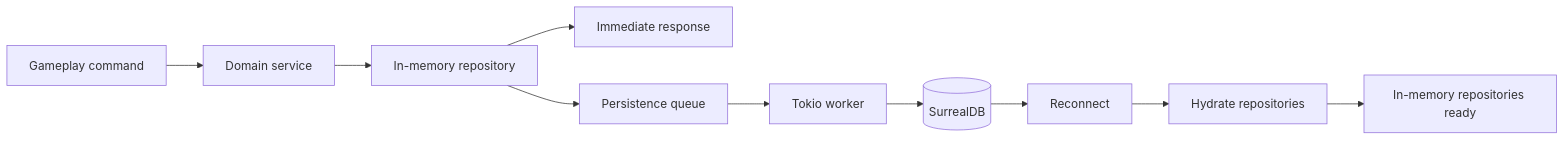
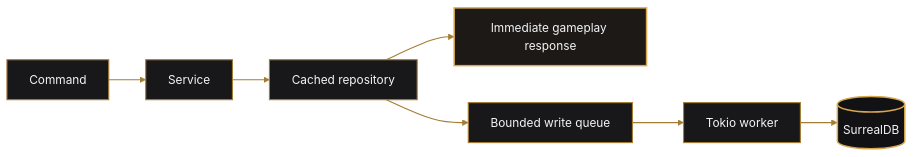
Before and after one commit to jschmidt92/crate: the first of 2 diagrams in docs/persistence.md, drawn with Mermaid. The commit also changed other lines of this file and 21 other files, not shown here.

````diff
--- a/docs/persistence.md
+++ b/docs/persistence.md
@@ -11,12 +7,17 @@
 ```mermaid
 flowchart LR
-    Command[Gameplay command] --> Service[Domain service]
-    Service --> Cache[In-memory repository]
-    Cache --> Response[Immediate response]
-    Cache --> Queue[Persistence queue]
+    Command --> Service
+    Service --> Cache[Cached repository]
+    Cache --> Response[Immediate gameplay response]
+    Cache --> Queue[Bounded write queue]
     Queue --> Worker[Tokio worker]
-    Worker --> Database[(SurrealDB)]
-    Database --> Reconnect[Reconnect]
-    Reconnect --> Hydrate[Hydrate repositories]
-    Hydrate --> HydratedCache[In-memory repositories ready]
+    Worker --> DB[(SurrealDB)]
+
+    classDef step fill:#18181b,stroke:#a57c34,color:#f4f4f5,stroke-width:1.5px
+    classDef response fill:#1c1917,stroke:#d6a84f,color:#f4f4f5,stroke-width:2px
+    classDef storage fill:#121214,stroke:#d6a84f,color:#f4f4f5,stroke-width:2px
+    class Command,Service,Cache,Queue,Worker step
+    class Response response
+    class DB storage
+    linkStyle default stroke:#a57c34,stroke-width:1.5px
 ```
````
